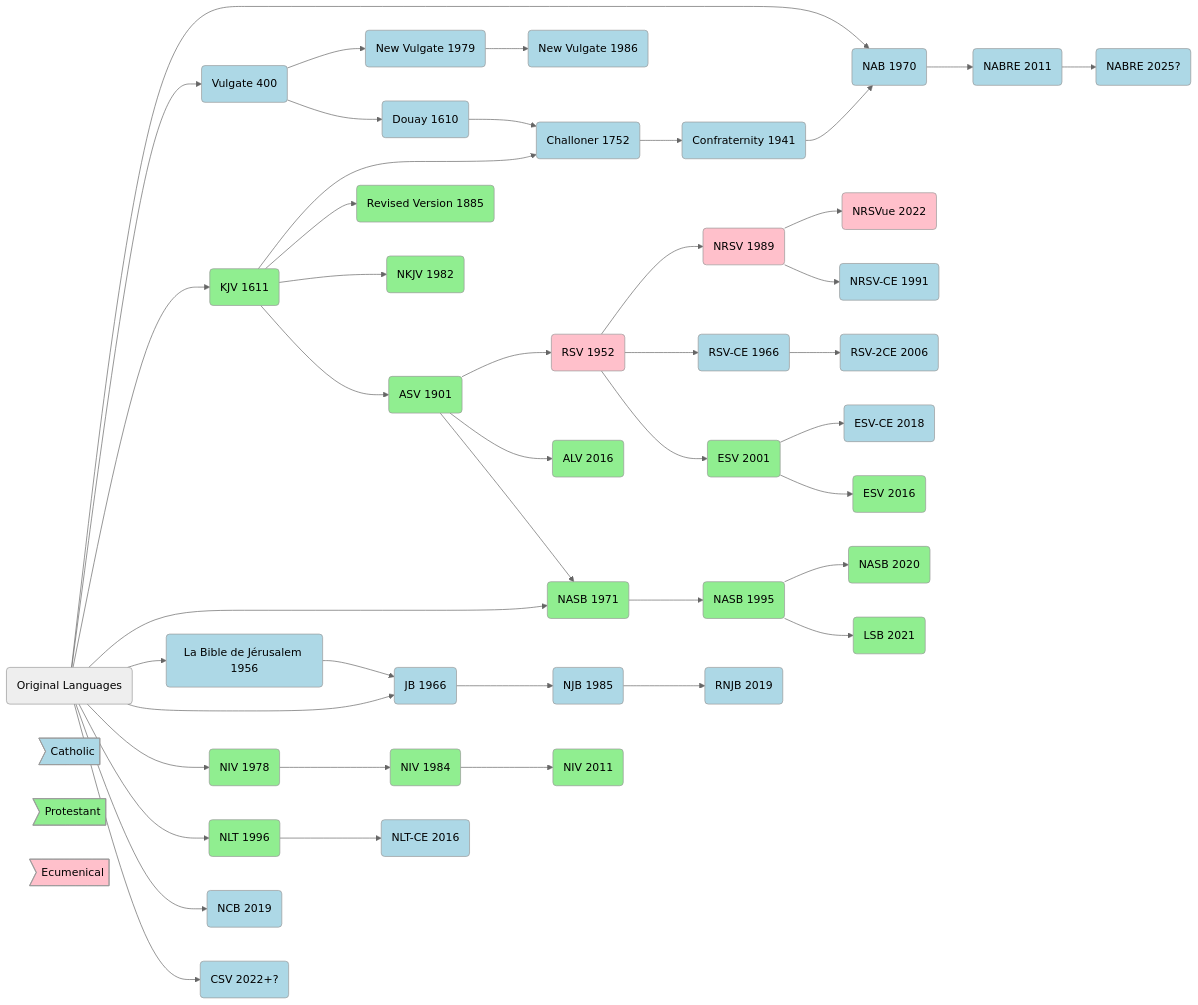
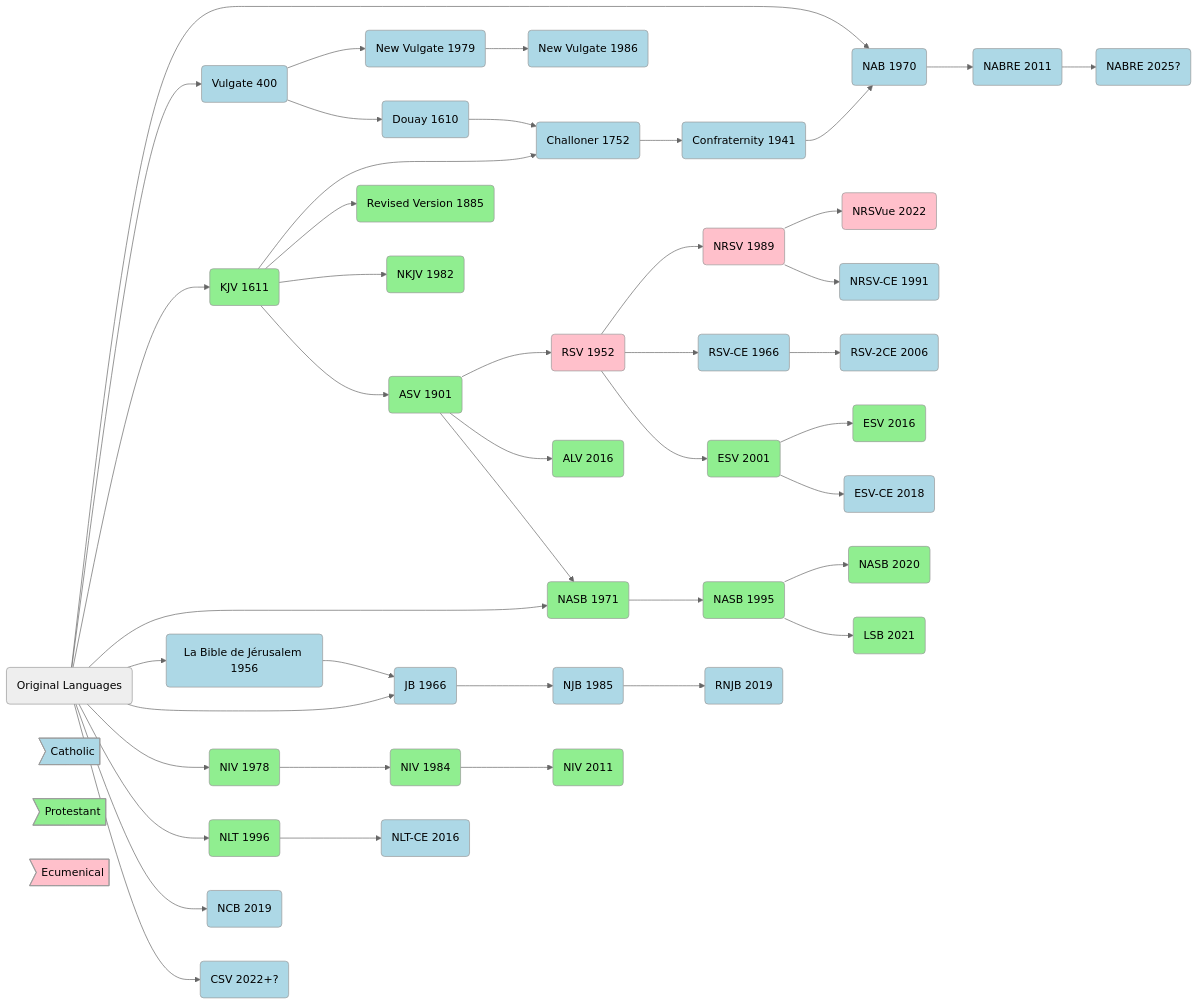
One commit to mkudija/mkudija.github.io changed the diagram in notes/_md/Bible Translation Chart.md. Above: the diagram before and after it, drawn with Mermaid (neutral theme). The commit also changed other lines of this file and 57 other files, not shown here.

```diff
--- a/notes/_md/Bible Translation Chart.md
+++ b/notes/_md/Bible Translation Chart.md
@@ -79,8 +79,8 @@
 nrsv --> nrsvce:::ct
 rsv --> rsvce:::ct
 rsv --> esv:::pt
+esv --> esv16:::pt
 esv --> esvce:::ct
-esv --> esv16:::pt
 asv --> alv:::pt
 asv --> na:::pt
 na --> nas:::pt
```
